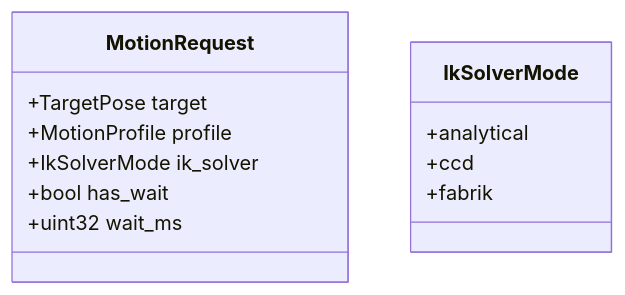
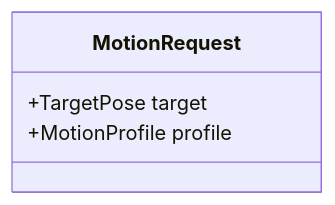
Before and after one commit to butz1999/inverse_kinematik: the fourth of 13 diagrams in doc/sw/software.md, drawn with Mermaid. The commit also changed other lines of this file and 10 other files, not shown here.

````diff
--- a/doc/sw/software.md
+++ b/doc/sw/software.md
@@ -443,16 +433,7 @@
 ```mermaid
 classDiagram
     class MotionRequest {
         +TargetPose target
         +MotionProfile profile
-        +IkSolverMode ik_solver
-        +bool has_wait
-        +uint32 wait_ms
-    }
-
-    class IkSolverMode {
-        +analytical
-        +ccd
-        +fabrik
     }
 ```
````
